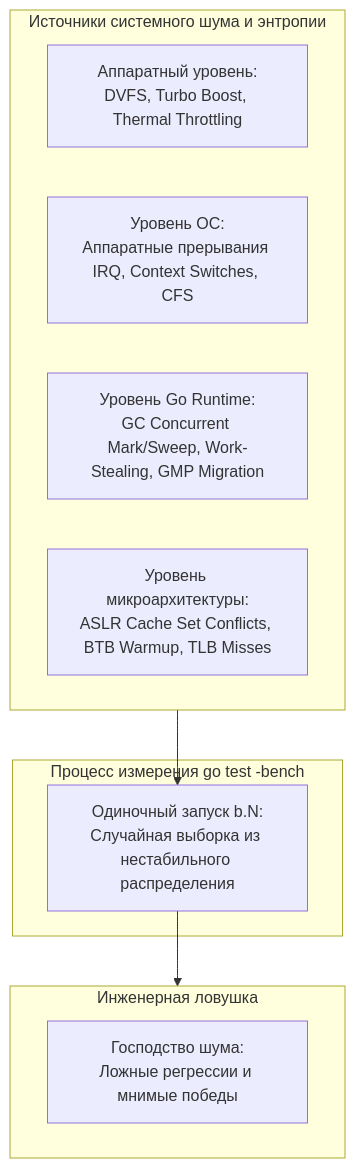
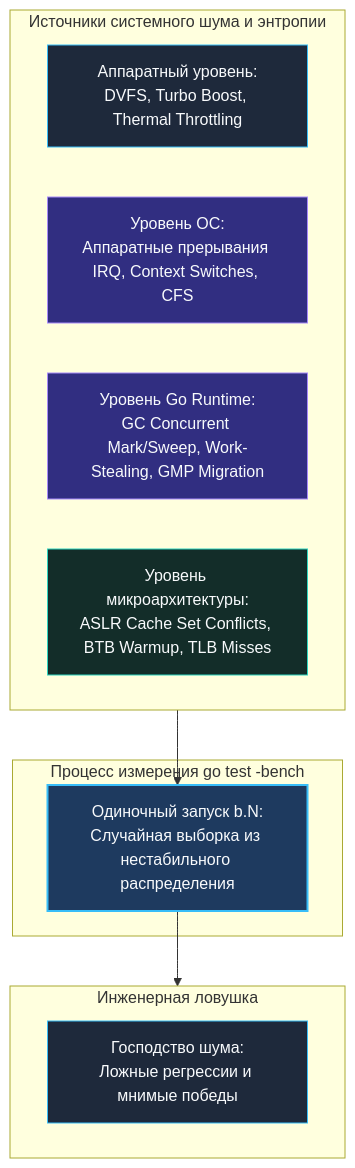
Before and after one commit to UnrealTemplier/go-textbook: the first of 4 diagrams in sources/16. Профилирование, отладка и производительность/02. Benchmarking/6. Стабилизация результатов.md, drawn with Mermaid. The commit also changed other lines of this file and 1666 other files, not shown here.

First line of the commit message:
feat(mermaid): add semantic color classDef to 1369 colorless flowchart/graph diagrams

````diff
--- a/sources/16. Профилирование, отладка и производительность/02. Benchmarking/6. Стабилизация результатов.md
+++ b/sources/16. Профилирование, отладка и производительность/02. Benchmarking/6. Стабилизация результатов.md
@@ -31,19 +31,29 @@
 ```mermaid
 flowchart TD
+    classDef process  fill:#1e293b,stroke:#38bdf8,stroke-width:1px,color:#f8fafc
+    classDef success  fill:#064e3b,stroke:#34d399,stroke-width:1px,color:#f8fafc
+    classDef error    fill:#7f1d1d,stroke:#f87171,stroke-width:1px,color:#f8fafc
+    classDef warning  fill:#78350f,stroke:#fbbf24,stroke-width:1px,color:#f8fafc
+    classDef entry    fill:#1e3a5f,stroke:#38bdf8,stroke-width:2px,color:#f8fafc
+    classDef aux      fill:#334155,stroke:#64748b,stroke-width:1px,color:#f8fafc
+    classDef system   fill:#312e81,stroke:#a78bfa,stroke-width:1px,color:#f8fafc
+    classDef data     fill:#132d29,stroke:#2dd4bf,stroke-width:1px,color:#f8fafc
+    classDef network  fill:#881337,stroke:#fb7185,stroke-width:1px,color:#f8fafc
+    classDef accent   fill:#1e1b4b,stroke:#818cf8,stroke-width:1px,color:#f8fafc
     subgraph MachineNoise["Источники системного шума и энтропии"]
-        N1["Аппаратный уровень:<br>DVFS, Turbo Boost, Thermal Throttling"]
-        N2["Уровень ОС:<br>Аппаратные прерывания IRQ, Context Switches, CFS"]
-        N3["Уровень Go Runtime:<br>GC Concurrent Mark/Sweep, Work-Stealing, GMP Migration"]
-        N4["Уровень микроархитектуры:<br>ASLR Cache Set Conflicts, BTB Warmup, TLB Misses"]
+        N1["Аппаратный уровень:<br>DVFS, Turbo Boost, Thermal Throttling"]:::process
+        N2["Уровень ОС:<br>Аппаратные прерывания IRQ, Context Switches, CFS"]:::system
+        N3["Уровень Go Runtime:<br>GC Concurrent Mark/Sweep, Work-Stealing, GMP Migration"]:::system
+        N4["Уровень микроархитектуры:<br>ASLR Cache Set Conflicts, BTB Warmup, TLB Misses"]:::data
     end
 
     subgraph Sampling["Процесс измерения go test -bench"]
-        Sample["Одиночный запуск b.N:<br>Случайная выборка из нестабильного распределения"]
+        Sample["Одиночный запуск b.N:<br>Случайная выборка из нестабильного распределения"]:::entry
     end
 
     subgraph Trap["Инженерная ловушка"]
-        Ghost["Господство шума:<br>Ложные регрессии и мнимые победы"]
+        Ghost["Господство шума:<br>Ложные регрессии и мнимые победы"]:::process
     end
 
     MachineNoise --> Sample --> Trap
 ```
````
